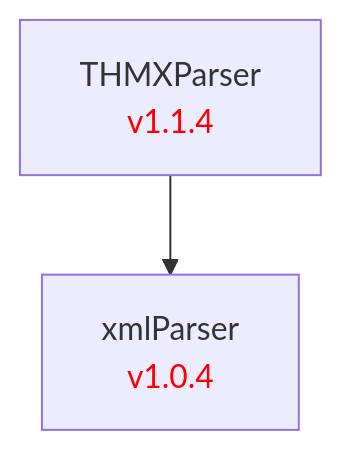
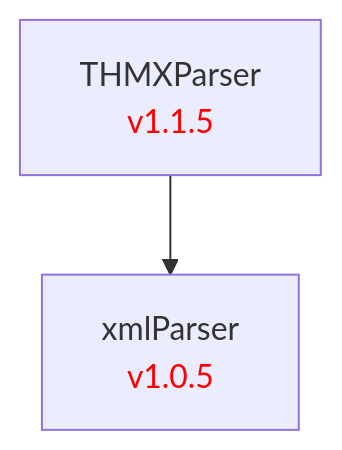
Before and after one commit to LBNL-ETA/THMXParser: the diagram in doc/THMXParser.md, drawn with Mermaid. The commit also changed 5 other files, not shown here.

First line of the commit message:
Add CMake presets, bump xmlParser to v1.0.5, version 1.1.5

````diff
--- a/doc/THMXParser.md
+++ b/doc/THMXParser.md
@@ -1,9 +1,9 @@
 ```mermaid
 graph TD
     %% Package definitions
-    xmlParser[xmlParser<br/><font color='red'>v1.0.4</font>]
-    THMXParser[THMXParser<br/><font color='red'>v1.1.4</font>]
+    xmlParser[xmlParser<br/><font color='red'>v1.0.5</font>]
+    THMXParser[THMXParser<br/><font color='red'>v1.1.5</font>]
 
     %% Package relations
     THMXParser --> xmlParser
 ```
````
